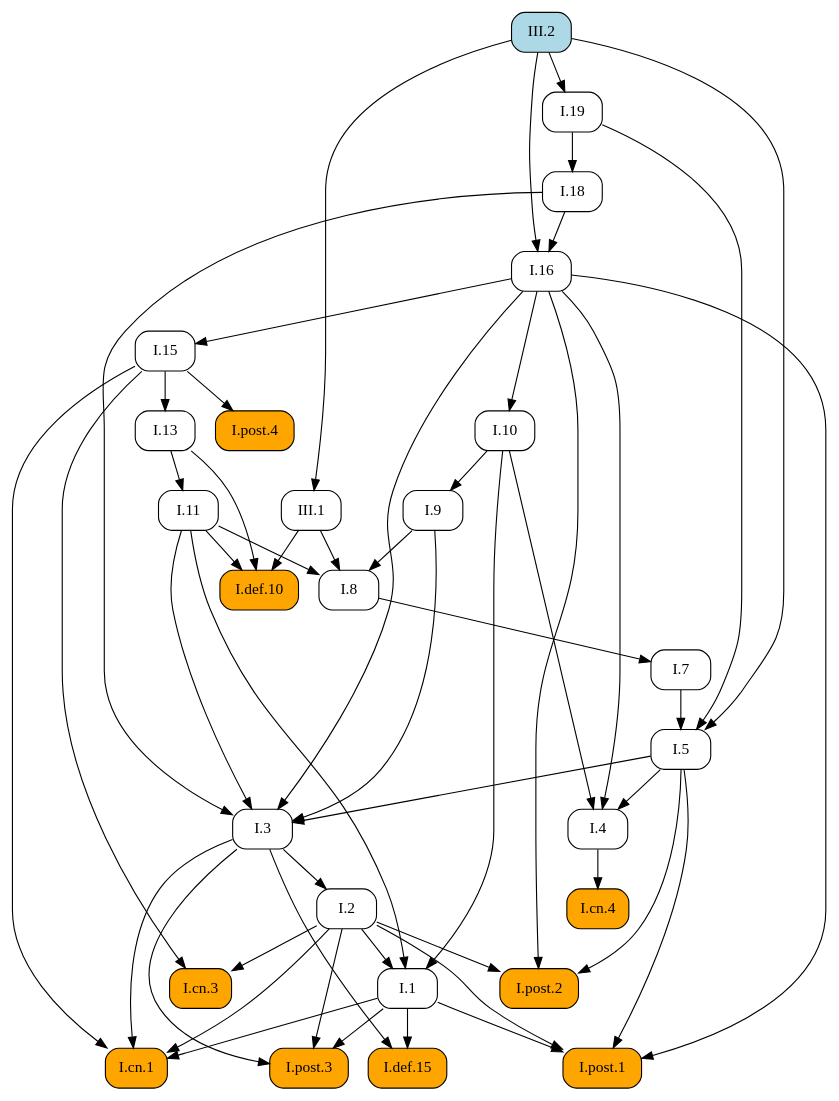
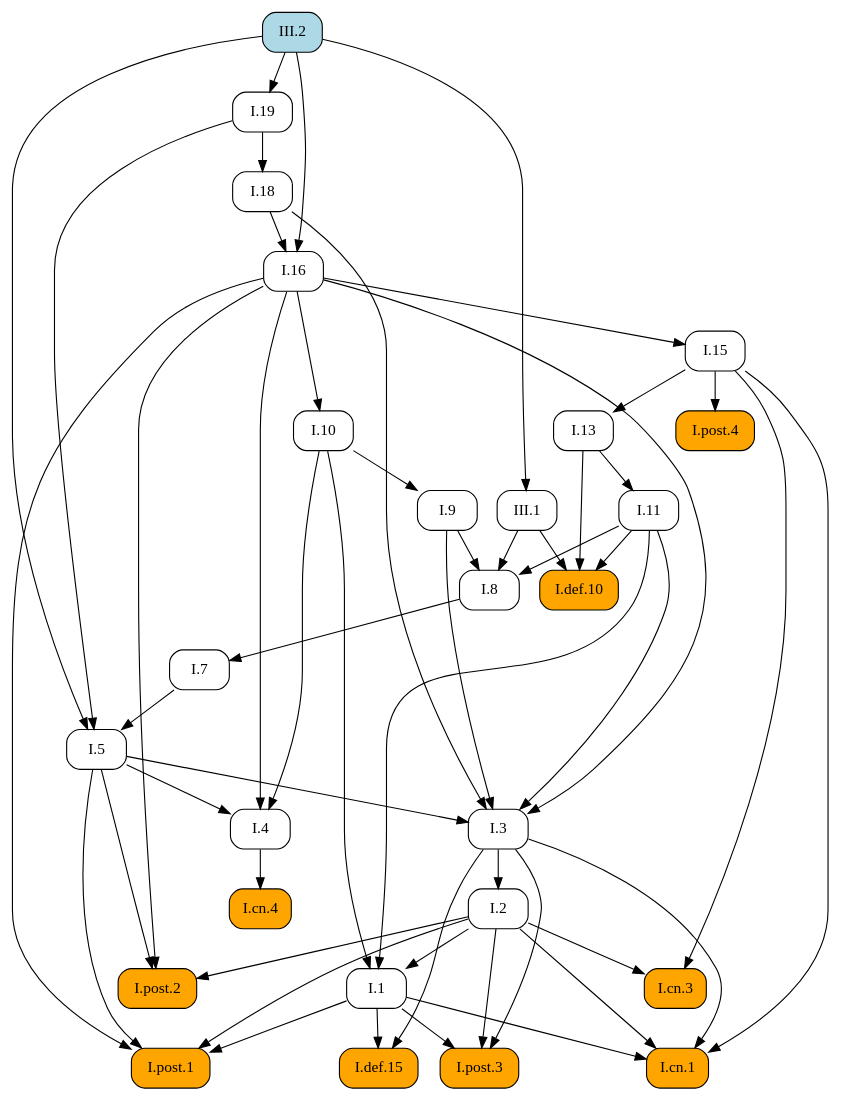
The diagram in docsrc/elements2/III/2/index.rst (geometor/elements), drawn with Graphviz before and after one commit. The commit also changed other lines of this file and 171 other files, not shown here.

```diff
--- a/docsrc/elements2/III/2/index.rst
+++ b/docsrc/elements2/III/2/index.rst
@@ -86,82 +86,82 @@
    digraph {
      rankdir="TB";
      node [shape=box, style=rounded];
+     "I.8" [URL="/elements2/I/8/", target="_top"];
+     "I.19" [URL="/elements2/I/19/", target="_top"];
+     "I.1" [URL="/elements2/I/1/", target="_top"];
+     "I.cn.3" [style="rounded,filled", fillcolor=orange, URL="/elements2/I/cn.3/", target="_top"];
+     "I.cn.4" [style="rounded,filled", fillcolor=orange, URL="/elements2/I/cn.4/", target="_top"];
+     "I.7" [URL="/elements2/I/7/", target="_top"];
+     "I.post.1" [style="rounded,filled", fillcolor=orange, URL="/elements2/I/post.1/", target="_top"];
+     "I.9" [URL="/elements2/I/9/", target="_top"];
+     "I.5" [URL="/elements2/I/5/", target="_top"];
+     "I.cn.1" [style="rounded,filled", fillcolor=orange, URL="/elements2/I/cn.1/", target="_top"];
+     "I.post.4" [style="rounded,filled", fillcolor=orange, URL="/elements2/I/post.4/", target="_top"];
+     "I.def.10" [style="rounded,filled", fillcolor=orange, URL="/elements2/I/def.10/", target="_top"];
      "I.16" [URL="/elements2/I/16/", target="_top"];
-     "I.def.10" [style="rounded,filled", fillcolor=orange, URL="/elements2/I/def.10/", target="_top"];
-     "I.9" [URL="/elements2/I/9/", target="_top"];
      "I.18" [URL="/elements2/I/18/", target="_top"];
-     "I.8" [URL="/elements2/I/8/", target="_top"];
+     "I.13" [URL="/elements2/I/13/", target="_top"];
      "I.2" [URL="/elements2/I/2/", target="_top"];
+     "I.def.15" [style="rounded,filled", fillcolor=orange, URL="/elements2/I/def.15/", target="_top"];
+     "I.4" [URL="/elements2/I/4/", target="_top"];
+     "III.1" [URL="/elements2/III/1/", target="_top"];
+     "I.11" [URL="/elements2/I/11/", target="_top"];
+     "I.10" [URL="/elements2/I/10/", target="_top"];
      "I.15" [URL="/elements2/I/15/", target="_top"];
-     "I.def.15" [style="rounded,filled", fillcolor=orange, URL="/elements2/I/def.15/", target="_top"];
-     "I.cn.4" [style="rounded,filled", fillcolor=orange, URL="/elements2/I/cn.4/", target="_top"];
+     "I.3" [URL="/elements2/I/3/", target="_top"];
+     "I.post.2" [style="rounded,filled", fillcolor=orange, URL="/elements2/I/post.2/", target="_top"];
+     "III.2" [style="rounded,filled", fillcolor=lightblue, URL="/elements2/III/2/", target="_top"];
      "I.post.3" [style="rounded,filled", fillcolor=orange, URL="/elements2/I/post.3/", target="_top"];
-     "III.2" [style="rounded,filled", fillcolor=lightblue, URL="/elements2/III/2/", target="_top"];
-     "III.1" [URL="/elements2/III/1/", target="_top"];
-     "I.1" [URL="/elements2/I/1/", target="_top"];
-     "I.post.2" [style="rounded,filled", fillcolor=orange, URL="/elements2/I/post.2/", target="_top"];
-     "I.13" [URL="/elements2/I/13/", target="_top"];
-     "I.10" [URL="/elements2/I/10/", target="_top"];
-     "I.post.1" [style="rounded,filled", fillcolor=orange, URL="/elements2/I/post.1/", target="_top"];
-     "I.7" [URL="/elements2/I/7/", target="_top"];
-     "I.post.4" [style="rounded,filled", fillcolor=orange, URL="/elements2/I/post.4/", target="_top"];
-     "I.cn.1" [style="rounded,filled", fillcolor=orange, URL="/elements2/I/cn.1/", target="_top"];
-     "I.3" [URL="/elements2/I/3/", target="_top"];
-     "I.cn.3" [style="rounded,filled", fillcolor=orange, URL="/elements2/I/cn.3/", target="_top"];
-     "I.11" [URL="/elements2/I/11/", target="_top"];
-     "I.19" [URL="/elements2/I/19/", target="_top"];
-     "I.5" [URL="/elements2/I/5/", target="_top"];
-     "I.4" [URL="/elements2/I/4/", target="_top"];
-     "I.18" -> "I.16";
-     "III.2" -> "I.16";
-     "I.11" -> "I.def.10";
-     "I.13" -> "I.def.10";
-     "III.1" -> "I.def.10";
-     "I.10" -> "I.9";
-     "I.19" -> "I.18";
      "I.9" -> "I.8";
      "I.11" -> "I.8";
      "III.1" -> "I.8";
-     "I.3" -> "I.2";
-     "I.16" -> "I.15";
-     "I.1" -> "I.def.15";
-     "I.3" -> "I.def.15";
-     "I.4" -> "I.cn.4";
-     "I.1" -> "I.post.3";
-     "I.2" -> "I.post.3";
-     "I.3" -> "I.post.3";
-     "III.2" -> "III.1";
+     "III.2" -> "I.19";
      "I.2" -> "I.1";
      "I.10" -> "I.1";
      "I.11" -> "I.1";
-     "I.2" -> "I.post.2";
-     "I.5" -> "I.post.2";
-     "I.16" -> "I.post.2";
-     "I.15" -> "I.13";
-     "I.16" -> "I.10";
+     "I.2" -> "I.cn.3";
+     "I.15" -> "I.cn.3";
+     "I.4" -> "I.cn.4";
+     "I.8" -> "I.7";
      "I.1" -> "I.post.1";
      "I.2" -> "I.post.1";
      "I.5" -> "I.post.1";
      "I.16" -> "I.post.1";
-     "I.8" -> "I.7";
-     "I.15" -> "I.post.4";
+     "I.10" -> "I.9";
+     "I.7" -> "I.5";
+     "I.19" -> "I.5";
+     "III.2" -> "I.5";
      "I.1" -> "I.cn.1";
      "I.2" -> "I.cn.1";
      "I.3" -> "I.cn.1";
      "I.15" -> "I.cn.1";
+     "I.15" -> "I.post.4";
+     "I.11" -> "I.def.10";
+     "I.13" -> "I.def.10";
+     "III.1" -> "I.def.10";
+     "I.18" -> "I.16";
+     "III.2" -> "I.16";
+     "I.19" -> "I.18";
+     "I.15" -> "I.13";
+     "I.3" -> "I.2";
+     "I.1" -> "I.def.15";
+     "I.3" -> "I.def.15";
+     "I.5" -> "I.4";
+     "I.10" -> "I.4";
+     "I.16" -> "I.4";
+     "III.2" -> "III.1";
+     "I.13" -> "I.11";
+     "I.16" -> "I.10";
+     "I.16" -> "I.15";
      "I.5" -> "I.3";
      "I.9" -> "I.3";
      "I.11" -> "I.3";
      "I.16" -> "I.3";
      "I.18" -> "I.3";
-     "I.2" -> "I.cn.3";
-     "I.15" -> "I.cn.3";
-     "I.13" -> "I.11";
-     "III.2" -> "I.19";
-     "I.7" -> "I.5";
-     "I.19" -> "I.5";
-     "III.2" -> "I.5";
-     "I.5" -> "I.4";
-     "I.10" -> "I.4";
-     "I.16" -> "I.4";
+     "I.2" -> "I.post.2";
+     "I.5" -> "I.post.2";
+     "I.16" -> "I.post.2";
+     "I.1" -> "I.post.3";
+     "I.2" -> "I.post.3";
+     "I.3" -> "I.post.3";
    }
```
